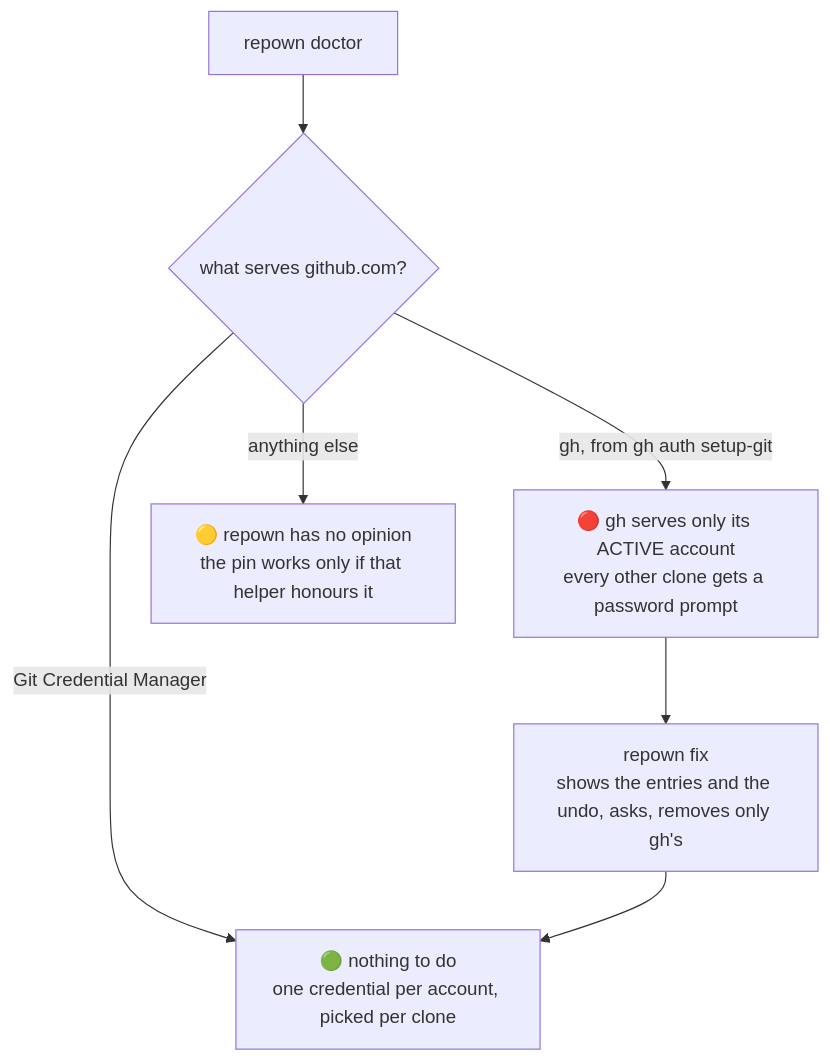
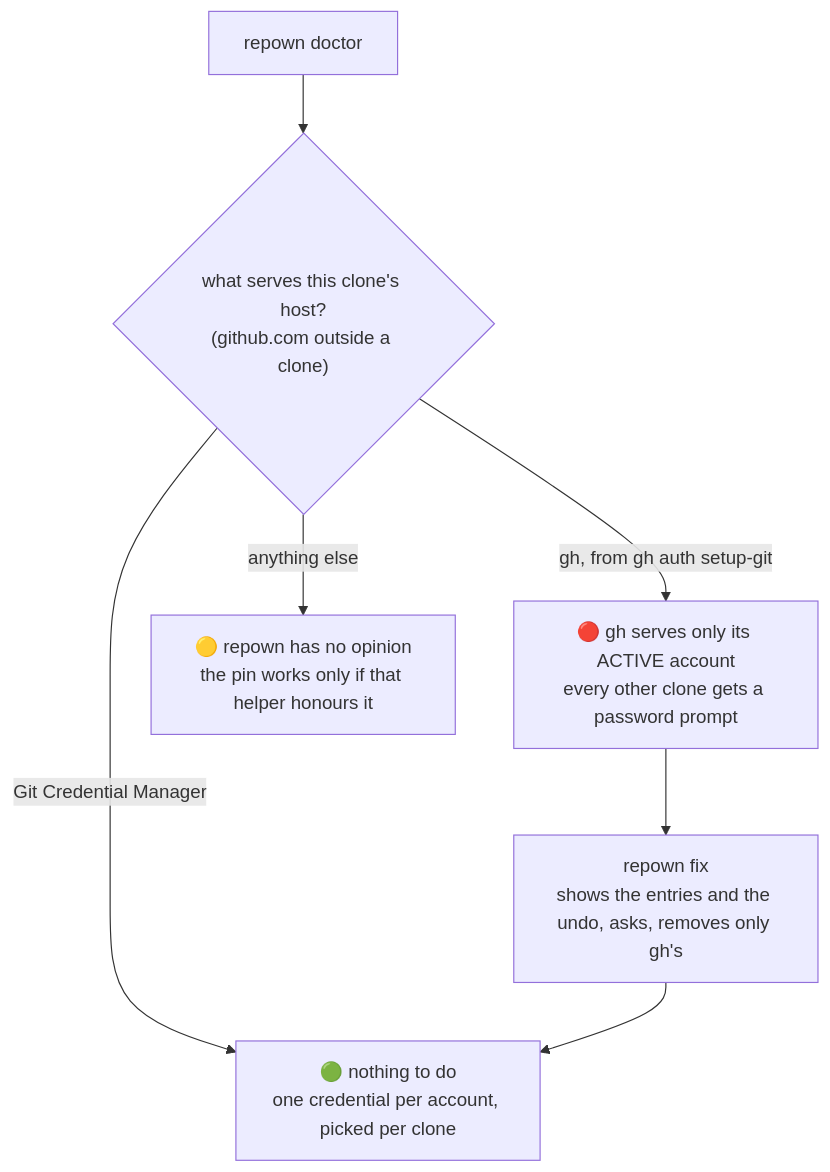
Before and after one commit to makubexD/repown: the second of 8 diagrams in docs/HOW-IT-WORKS.md, drawn with Mermaid. The commit also changed other lines of this file and 13 other files, not shown here.

````diff
--- a/docs/HOW-IT-WORKS.md
+++ b/docs/HOW-IT-WORKS.md
@@ -60,9 +61,9 @@
 ```mermaid
 flowchart TD
-  D[repown doctor] --> Q{what serves github.com?}
+  D[repown doctor] --> Q{"what serves this clone's host?<br/>(github.com outside a clone)"}
   Q -->|Git Credential Manager| OK["🟢 nothing to do<br/>one credential per account, picked per clone"]
   Q -->|gh, from gh auth setup-git| BAD["🔴 gh serves only its ACTIVE account<br/>every other clone gets a password prompt"]
   Q -->|anything else| W["🟡 repown has no opinion<br/>the pin works only if that helper honours it"]
   BAD --> F["repown fix<br/>shows the entries and the undo, asks, removes only gh's"]
   F --> OK
 ```
````
